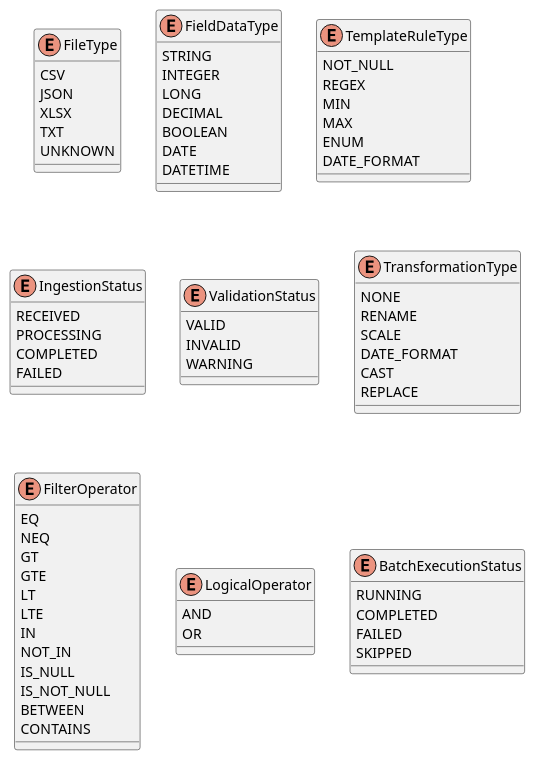
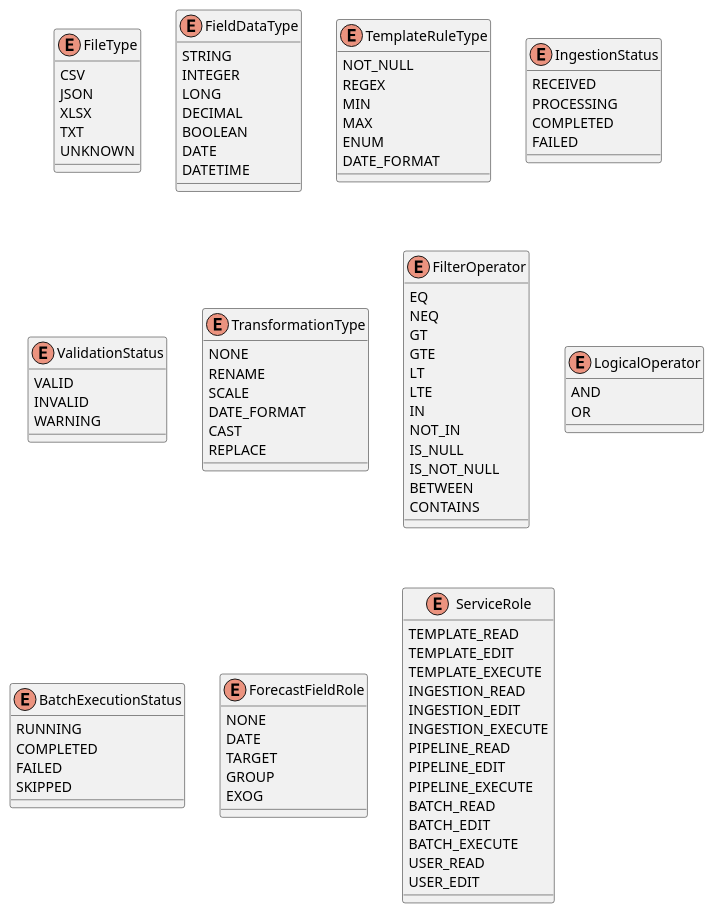
Before and after one commit to paulo-uab/salesPrevision: diagram 13 of 17 in docs/technical-documentation.md, drawn with PlantUML. The commit also changed other lines of this file and 48 other files, not shown here.

````diff
--- a/docs/technical-documentation.md
+++ b/docs/technical-documentation.md
@@ -978,5 +1177,30 @@
   FAILED
   SKIPPED
 }
+
+enum ForecastFieldRole {
+  NONE
+  DATE
+  TARGET
+  GROUP
+  EXOG
+}
+
+enum ServiceRole {
+  TEMPLATE_READ
+  TEMPLATE_EDIT
+  TEMPLATE_EXECUTE
+  INGESTION_READ
+  INGESTION_EDIT
+  INGESTION_EXECUTE
+  PIPELINE_READ
+  PIPELINE_EDIT
+  PIPELINE_EXECUTE
+  BATCH_READ
+  BATCH_EDIT
+  BATCH_EXECUTE
+  USER_READ
+  USER_EDIT
+}
 @enduml
 ```
````
